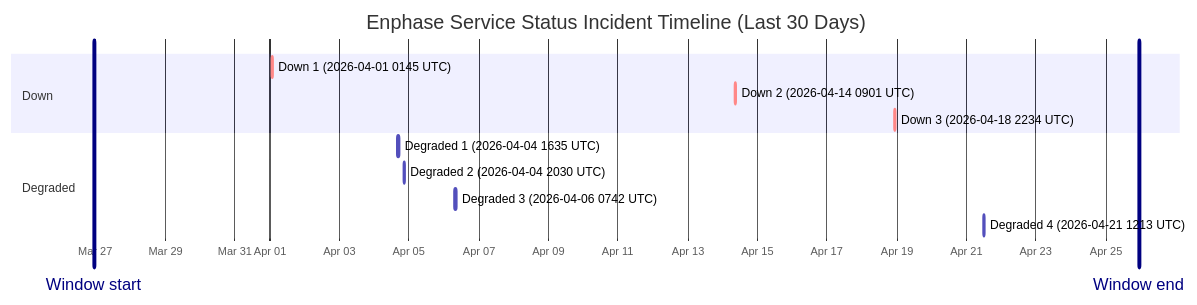
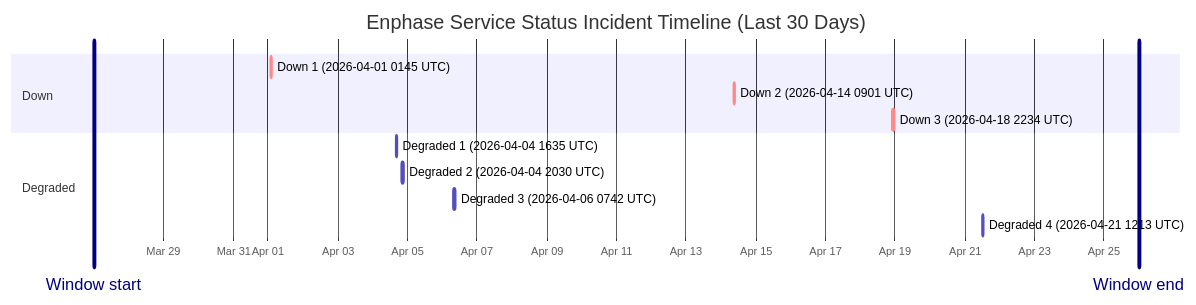
Before and after one commit to barneyonline/ha-enphase-ev-charger: the diagram in wiki/Service-Status-History.md, drawn with Mermaid. The commit also changed other lines of this file and 3 other files, not shown here.

````diff
--- a/wiki/Service-Status-History.md
+++ b/wiki/Service-Status-History.md
@@ -14,17 +14,17 @@
 ```mermaid
 gantt
     title Enphase Service Status Incident Timeline (Last 30 Days)
     dateFormat  YYYY-MM-DDTHH:mm:ss
     axisFormat  %b %d
-    Window start :vert, window-start, 2026-03-26T23:04:21, 0ms
-    Window end :vert, window-end, 2026-04-25T23:04:21, 0ms
+    Window start :vert, window-start, 2026-03-27T00:02:49, 0ms
+    Window end :vert, window-end, 2026-04-26T00:02:49, 0ms
     section Down
     Down 1 (2026-04-01 0145 UTC) :crit, down-1, 2026-04-01T01:45:09, 60m
     Down 2 (2026-04-14 0901 UTC) :crit, down-2, 2026-04-14T09:01:13, 60m
     Down 3 (2026-04-18 2234 UTC) :crit, down-3, 2026-04-18T22:34:13, 60m
     section Degraded
     Degraded 1 (2026-04-04 1635 UTC) :active, degraded-1, 2026-04-04T16:35:17, 60m
     Degraded 2 (2026-04-04 2030 UTC) :active, degraded-2, 2026-04-04T20:30:40, 60m
     Degraded 3 (2026-04-06 0742 UTC) :active, degraded-3, 2026-04-06T07:42:09, 85m
     Degraded 4 (2026-04-21 1213 UTC) :active, degraded-4, 2026-04-21T12:13:11, 60m
 ```
````
